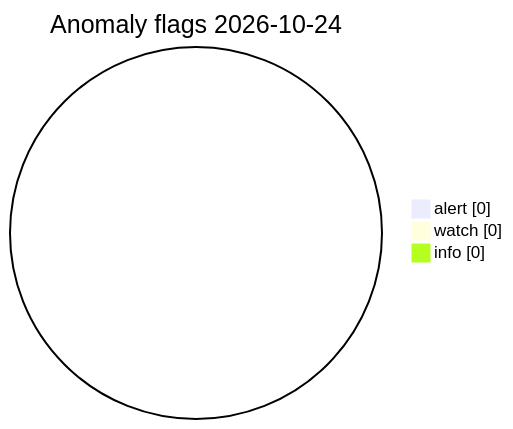
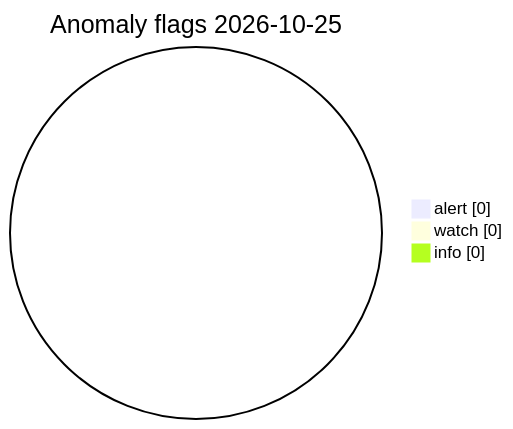
The diagram in visuals/latest/CHARTS.md (Midwest-Stratospheric/Unified-Open-Global-Weather), drawn with Mermaid before and after one commit. The commit also changed other lines of this file and 23 other files, not shown here.

Commit message:
data(visuals): automated charts 2026-10-25T09:31Z

````diff
--- a/visuals/latest/CHARTS.md
+++ b/visuals/latest/CHARTS.md
@@ -73,7 +73,7 @@
 ```mermaid
 pie showData
-  title Anomaly flags 2026-10-24
+  title Anomaly flags 2026-10-25
   "alert" : 0
   "watch" : 0
   "info" : 0
 ```
````
